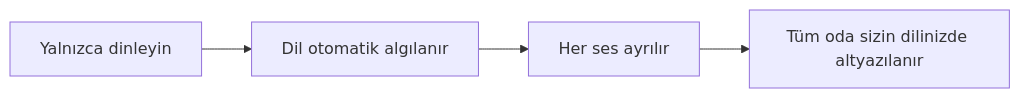
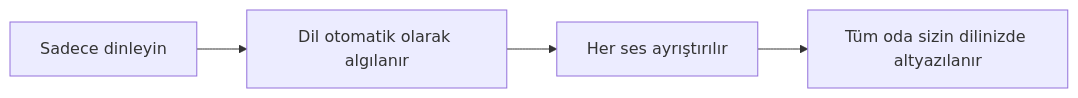
Before and after one commit to rpalm01-star/VigilantEarLegal: the first of 4 diagrams in README_tr.md, drawn with Mermaid. The commit also changed other lines of this file and 29 other files, not shown here.

````diff
--- a/README_tr.md
+++ b/README_tr.md
@@ -65,4 +65,4 @@
 ```mermaid
 graph LR
-    A["Yalnızca dinleyin"] --> B["Dil otomatik algılanır"] --> C["Her ses ayrılır"] --> D["Tüm oda sizin dilinizde altyazılanır"]
+    A["Sadece dinleyin"] --> B["Dil otomatik olarak algılanır"] --> C["Her ses ayrıştırılır"] --> D["Tüm oda sizin dilinizde altyazılanır"]
 ```
````
